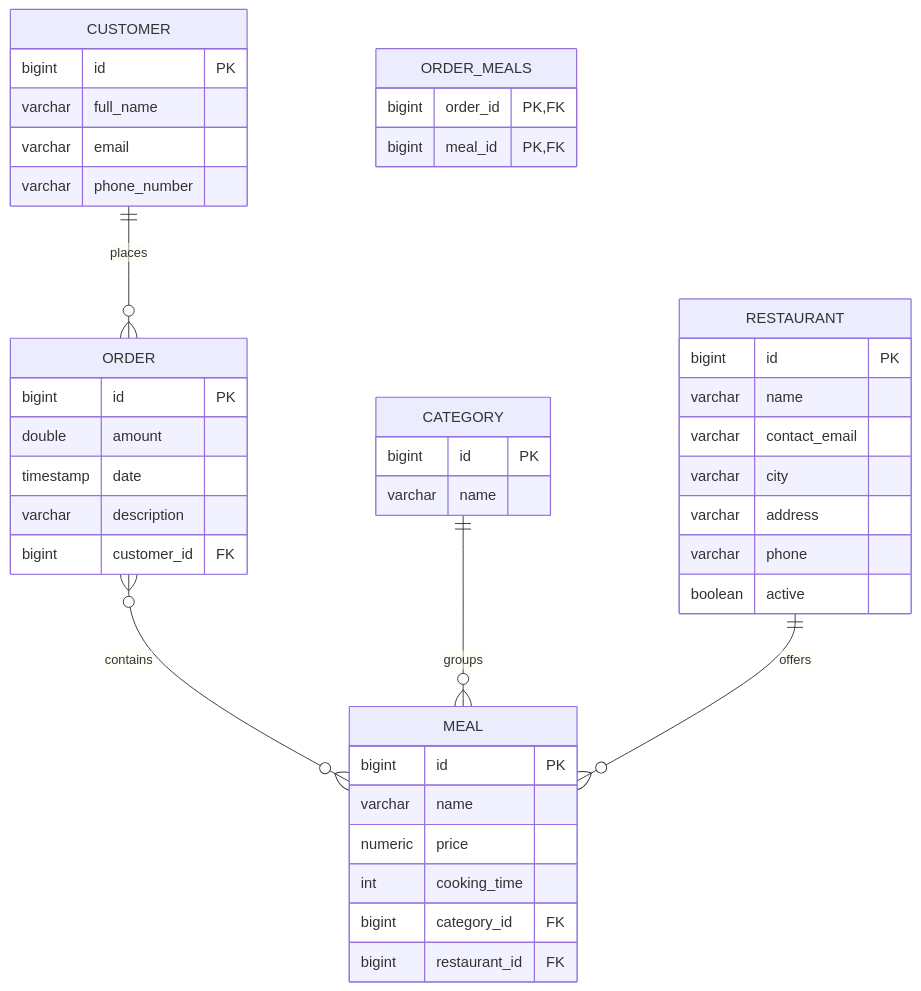
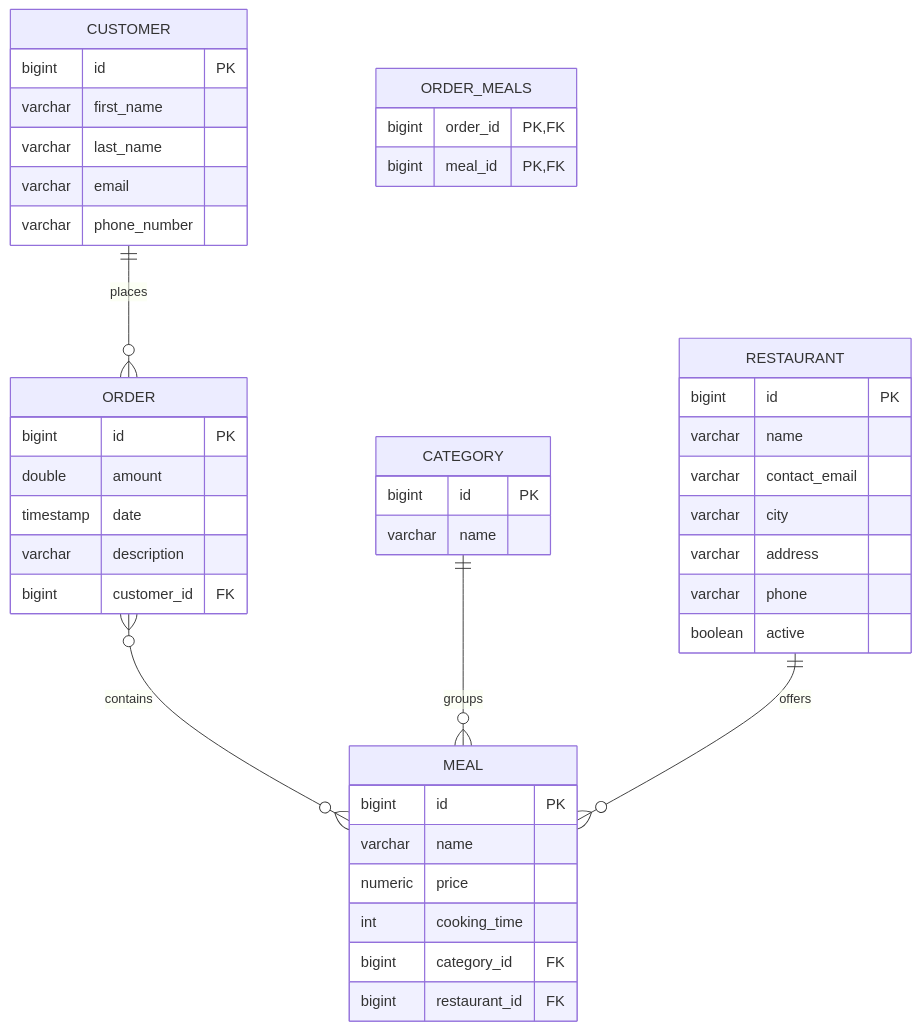
One commit to borya-chip/OrderTracker changed the diagram in docs/er-diagram.md. Above: the diagram before and after it, drawn with Mermaid. The commit also changed 24 other files, not shown here.

Commit message:
refactor: move transaction demo to regular order flow, remove demo layer, add firstName/lastName for customers and update Postman collectionDelete md file

````diff
--- a/docs/er-diagram.md
+++ b/docs/er-diagram.md
@@ -3,51 +3,52 @@
 ```mermaid
 erDiagram
     CUSTOMER ||--o{ ORDER : places
     ORDER }o--o{ MEAL : contains
     CATEGORY ||--o{ MEAL : groups
     RESTAURANT ||--o{ MEAL : offers
 
     CUSTOMER {
         bigint id PK
-        varchar full_name
+        varchar first_name
+        varchar last_name
         varchar email
         varchar phone_number
     }
 
     ORDER {
         bigint id PK
         double amount
         timestamp date
         varchar description
         bigint customer_id FK
     }
 
     MEAL {
         bigint id PK
         varchar name
         numeric price
         int cooking_time
         bigint category_id FK
         bigint restaurant_id FK
     }
 
     CATEGORY {
         bigint id PK
         varchar name
     }
 
     RESTAURANT {
         bigint id PK
         varchar name
         varchar contact_email
         varchar city
         varchar address
         varchar phone
         boolean active
     }
 
     ORDER_MEALS {
         bigint order_id PK, FK
         bigint meal_id PK, FK
     }
 ```
````
